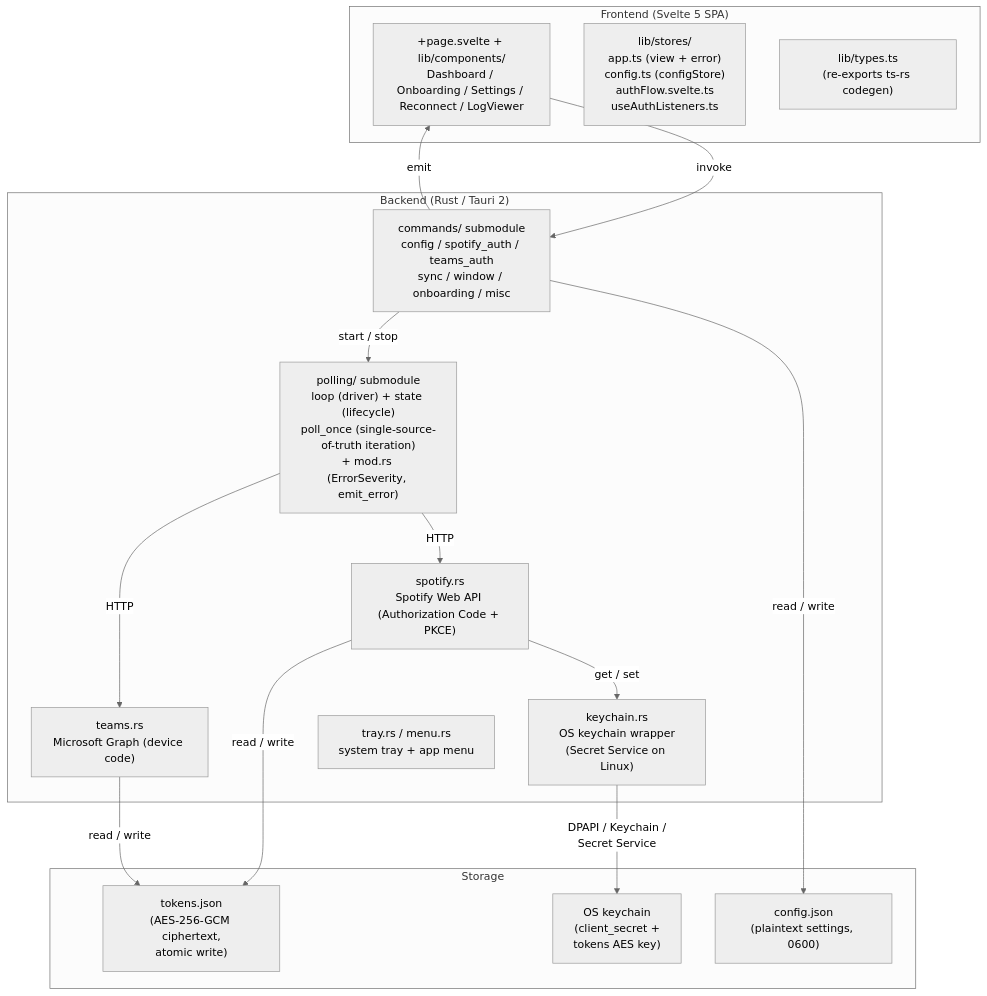
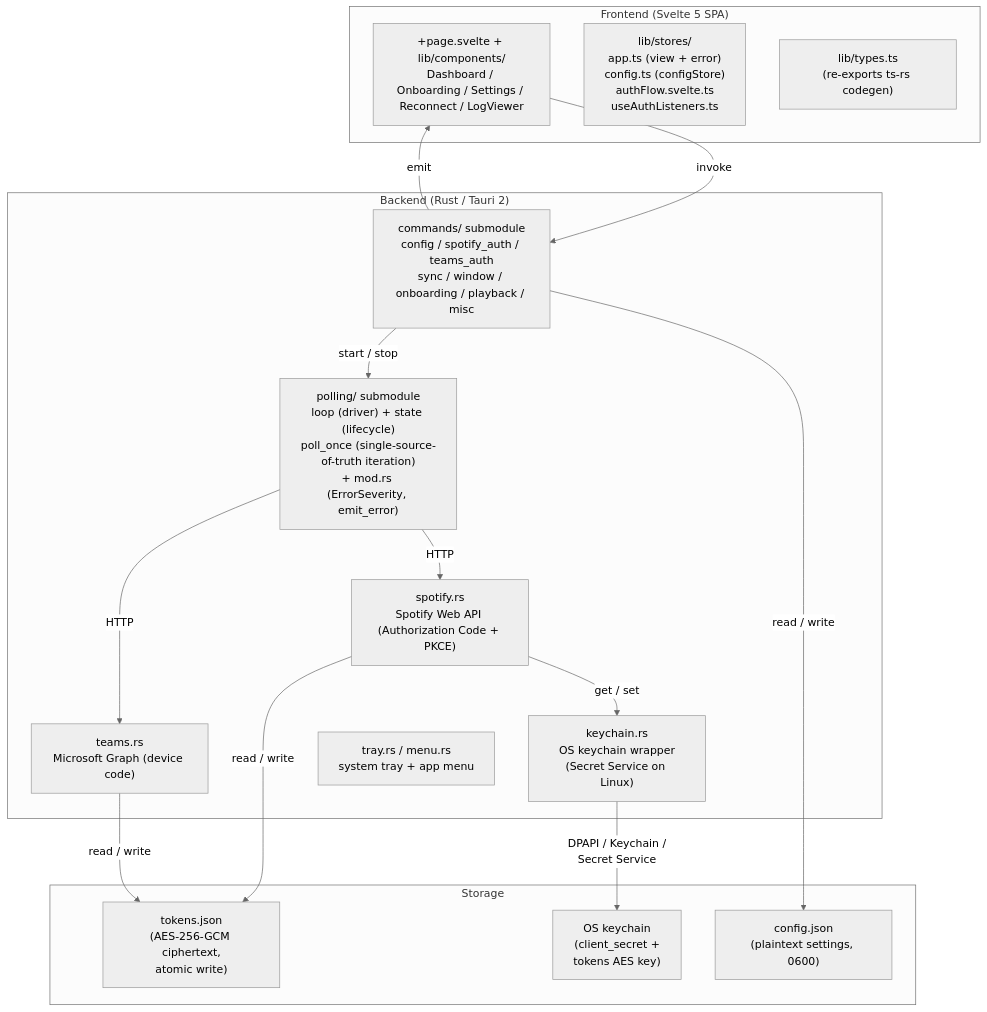
Before and after one commit to Carme99/PresenceJam-Desktop: the first of 8 diagrams in ARCHITECTURE.md, drawn with Mermaid (neutral theme). The commit also changed other lines of this file and 5 other files, not shown here.

First line of the commit message:
docs: correct internals drift (playback submodule, authFlow, versions, deps, Linux)

````diff
--- a/ARCHITECTURE.md
+++ b/ARCHITECTURE.md
@@ -49,34 +49,34 @@
 ```mermaid
 graph TD
     subgraph Frontend ["Frontend (Svelte 5 SPA)"]
         UI["+page.svelte + lib/components/<br/>Dashboard / Onboarding / Settings / Reconnect / LogViewer"]
         Stores["lib/stores/<br/>app.ts (view + error)<br/>config.ts (configStore)<br/>authFlow.svelte.ts<br/>useAuthListeners.ts"]
         Types["lib/types.ts<br/>(re-exports ts-rs codegen)"]
     end
 
     subgraph Backend ["Backend (Rust / Tauri 2)"]
-        Commands["commands/ submodule<br/>config / spotify_auth / teams_auth<br/>sync / window / onboarding / misc"]
+        Commands["commands/ submodule<br/>config / spotify_auth / teams_auth<br/>sync / window / onboarding / playback / misc"]
         Polling["polling/ submodule<br/>loop (driver) + state (lifecycle)<br/>poll_once (single-source-of-truth iteration)<br/>+ mod.rs (ErrorSeverity, emit_error)"]
         SpotifyAPI["spotify.rs<br/>Spotify Web API (Authorization Code + PKCE)"]
         TeamsAPI["teams.rs<br/>Microsoft Graph (device code)"]
         Keychain["keychain.rs<br/>OS keychain wrapper<br/>(Secret Service on Linux)"]
         Tray["tray.rs / menu.rs<br/>system tray + app menu"]
     end
 
     subgraph Storage ["Storage"]
         Tokens["tokens.json<br/>(AES-256-GCM ciphertext,<br/>atomic write)"]
         Secret["OS keychain<br/>(client_secret +<br/>tokens AES key)"]
         Config["config.json<br/>(plaintext settings, 0600)"]
     end
 
     UI -->|"invoke<Cmd>"| Commands
     Commands -->|"emit<Event>"| UI
     Commands -->|"start / stop"| Polling
     Polling -->|"HTTP"| SpotifyAPI
     Polling -->|"HTTP"| TeamsAPI
     SpotifyAPI -->|"read / write"| Tokens
     TeamsAPI -->|"read / write"| Tokens
     SpotifyAPI -->|"get / set"| Keychain
     Commands -->|"read / write"| Config
     Keychain -->|"DPAPI / Keychain /<br/>Secret Service"| Secret
 ```
````
